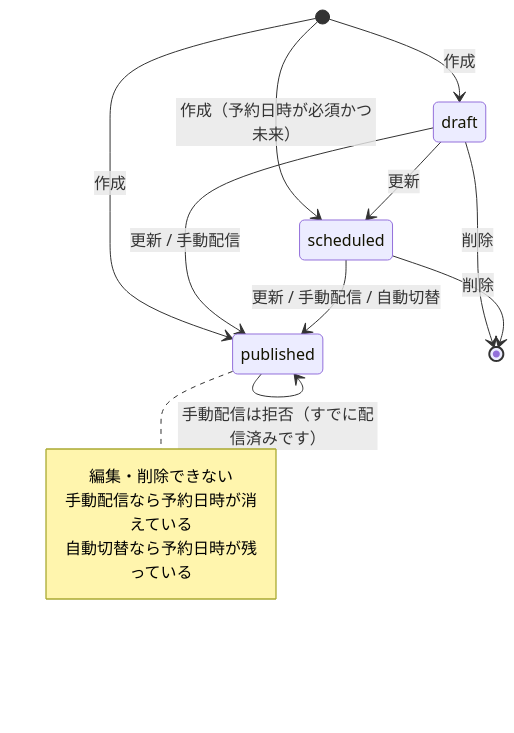
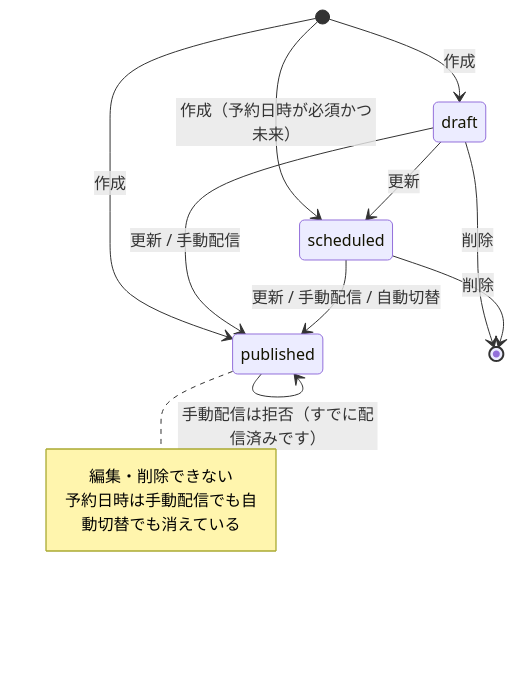
The second of 7 diagrams in 計画書/GO移行・設計仕様書/管理者お知らせ管理機能_Go移行・設計仕様書.md (yuta20253/edu-platform-go-design), drawn with Mermaid before and after one commit. The commit also changed other lines of this file and 71 other files, not shown here.

````diff
--- a/計画書/GO移行・設計仕様書/管理者お知らせ管理機能_Go移行・設計仕様書.md
+++ b/計画書/GO移行・設計仕様書/管理者お知らせ管理機能_Go移行・設計仕様書.md
@@ -273,21 +273,20 @@
 ```mermaid
 stateDiagram-v2
     [*] --> draft : 作成
     [*] --> scheduled : 作成（予約日時が必須かつ未来）
     [*] --> published : 作成
 
     draft --> scheduled : 更新
     draft --> published : 更新 / 手動配信
     scheduled --> published : 更新 / 手動配信 / 自動切替
 
     draft --> [*] : 削除
     scheduled --> [*] : 削除
 
     published --> published : 手動配信は拒否（すでに配信済みです）
 
     note right of published
         編集・削除できない
-        手動配信なら予約日時が消えている
-        自動切替なら予約日時が残っている
+        予約日時は手動配信でも自動切替でも消えている
     end note
 ```
````
